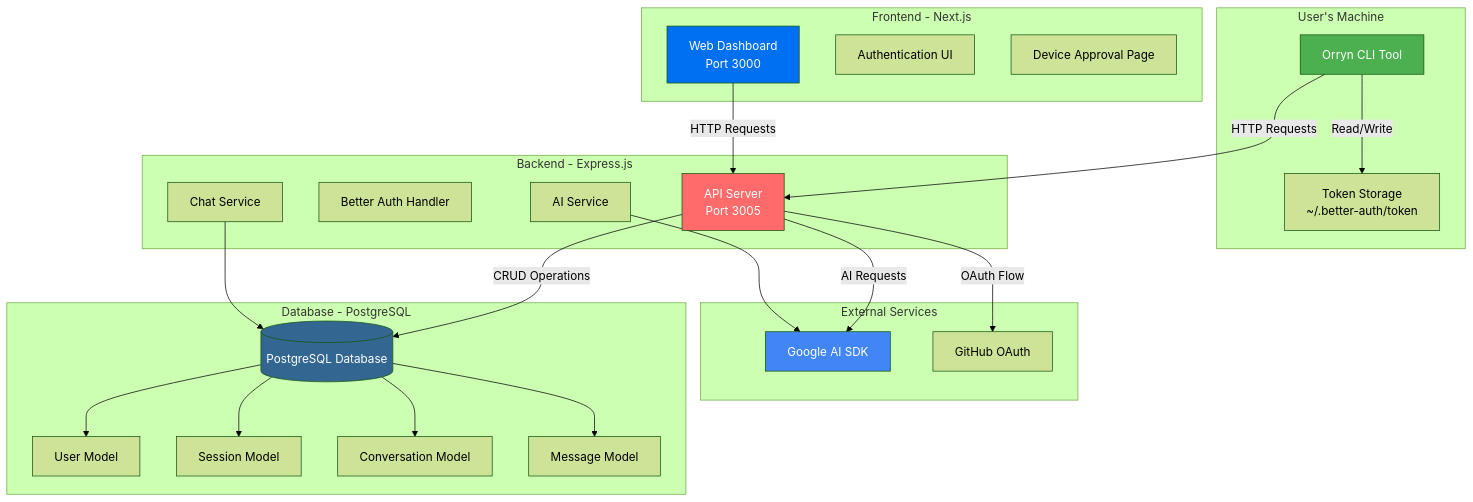
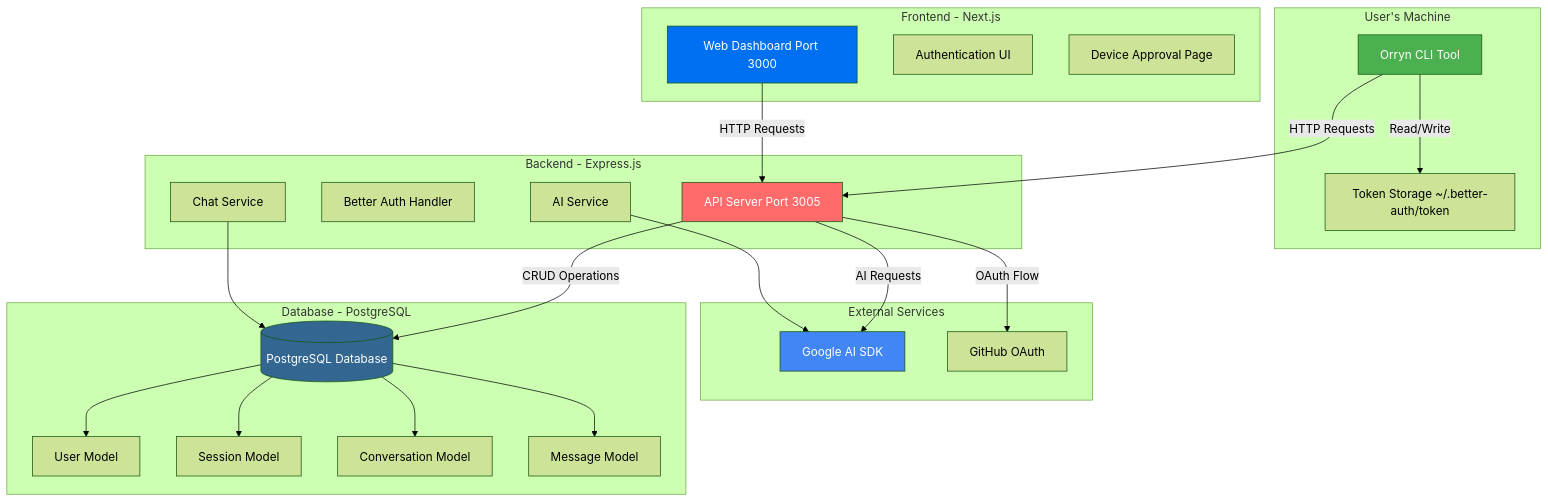
The first of 7 diagrams in README.md (Swarnim-Chandve/Orryn-Cli), drawn with Mermaid (forest theme) before and after one commit. The commit also changed other lines of this file, not shown here.

````diff
--- a/README.md
+++ b/README.md
@@ -73,53 +73,53 @@
 ```mermaid
 graph TB
     subgraph "User's Machine"
         CLI[Orryn CLI Tool]
-        TokenFile[Token Storage<br/>~/.better-auth/token]
+        TokenFile["Token Storage ~/.better-auth/token"]
     end
     
     subgraph "Frontend - Next.js"
-        WebApp[Web Dashboard<br/>Port 3000]
+        WebApp["Web Dashboard Port 3000"]
         AuthUI[Authentication UI]
         DevicePage[Device Approval Page]
     end
     
     subgraph "Backend - Express.js"
-        APIServer[API Server<br/>Port 3005]
+        APIServer["API Server Port 3005"]
         AuthHandler[Better Auth Handler]
         ChatService[Chat Service]
         AIService[AI Service]
     end
     
     subgraph "External Services"
         GoogleAI[Google AI SDK]
         GitHubOAuth[GitHub OAuth]
     end
     
     subgraph "Database - PostgreSQL"
         DB[(PostgreSQL Database)]
         UserModel[User Model]
         SessionModel[Session Model]
         ConversationModel[Conversation Model]
         MessageModel[Message Model]
     end
     
     CLI -->|HTTP Requests| APIServer
     CLI -->|Read/Write| TokenFile
     WebApp -->|HTTP Requests| APIServer
     APIServer -->|OAuth Flow| GitHubOAuth
     APIServer -->|CRUD Operations| DB
     APIServer -->|AI Requests| GoogleAI
     ChatService --> DB
     AIService --> GoogleAI
     
     DB --> UserModel
     DB --> SessionModel
     DB --> ConversationModel
     DB --> MessageModel
     
     style CLI fill:#4CAF50,color:#fff
     style WebApp fill:#0070f3,color:#fff
     style APIServer fill:#ff6b6b,color:#fff
     style DB fill:#336791,color:#fff
     style GoogleAI fill:#4285F4,color:#fff
 ```
````
